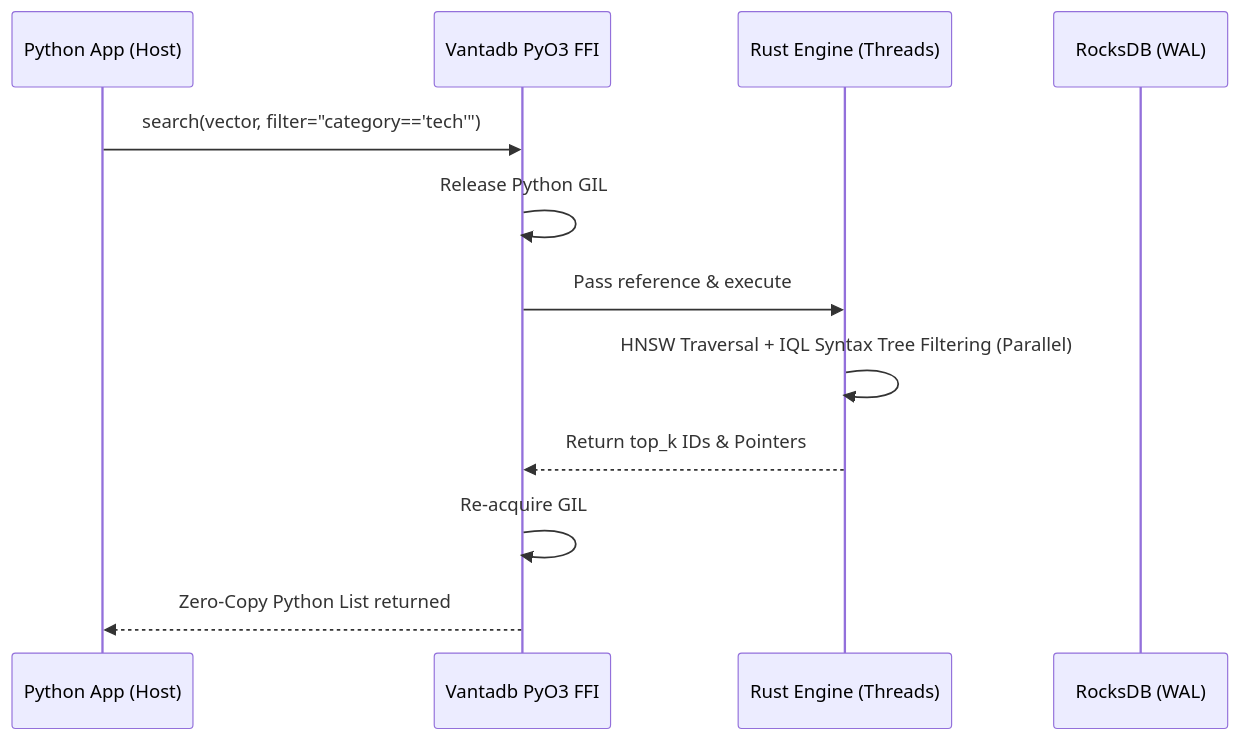
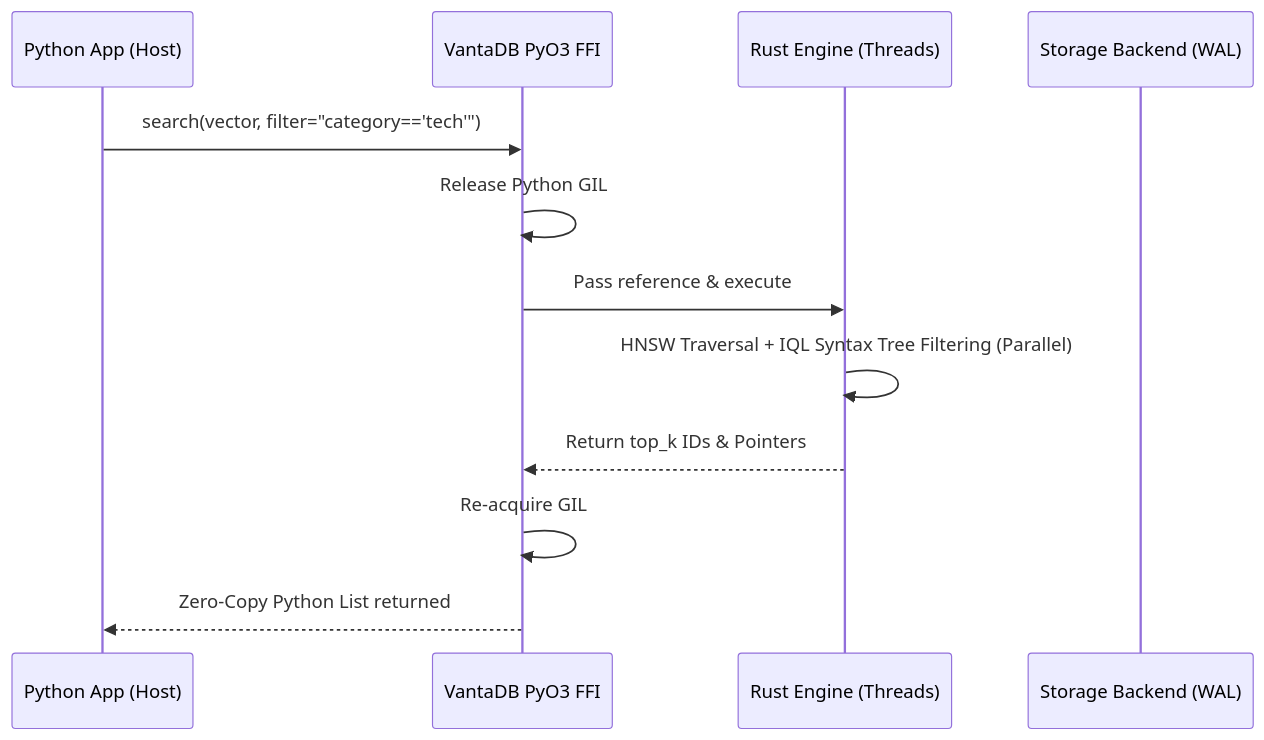
The diagram in docs/architecture/ARCHITECTURE.md (ness-e/Vantadb), drawn with Mermaid before and after one commit. The commit also changed other lines of this file and 57 other files, not shown here.

Commit message:
feat: VantaDB engine stabilization, branding, and storage abstraction

````diff
--- a/docs/architecture/ARCHITECTURE.md
+++ b/docs/architecture/ARCHITECTURE.md
@@ -33,15 +33,15 @@
 ```mermaid
 sequenceDiagram
     participant App as Python App (Host)
-    participant SDK as Vantadb PyO3 FFI
+    participant SDK as VantaDB PyO3 FFI
     participant Core as Rust Engine (Threads)
-    participant SSD as RocksDB (WAL)
+    participant SSD as Storage Backend (WAL)
 
     App->>SDK: search(vector, filter="category=='tech'")
     SDK->>SDK: Release Python GIL
     SDK->>Core: Pass reference & execute
     Core->>Core: HNSW Traversal + IQL Syntax Tree Filtering (Parallel)
     Core-->>SDK: Return top_k IDs & Pointers
     SDK->>SDK: Re-acquire GIL
     SDK-->>App: Zero-Copy Python List returned
 ```
````
